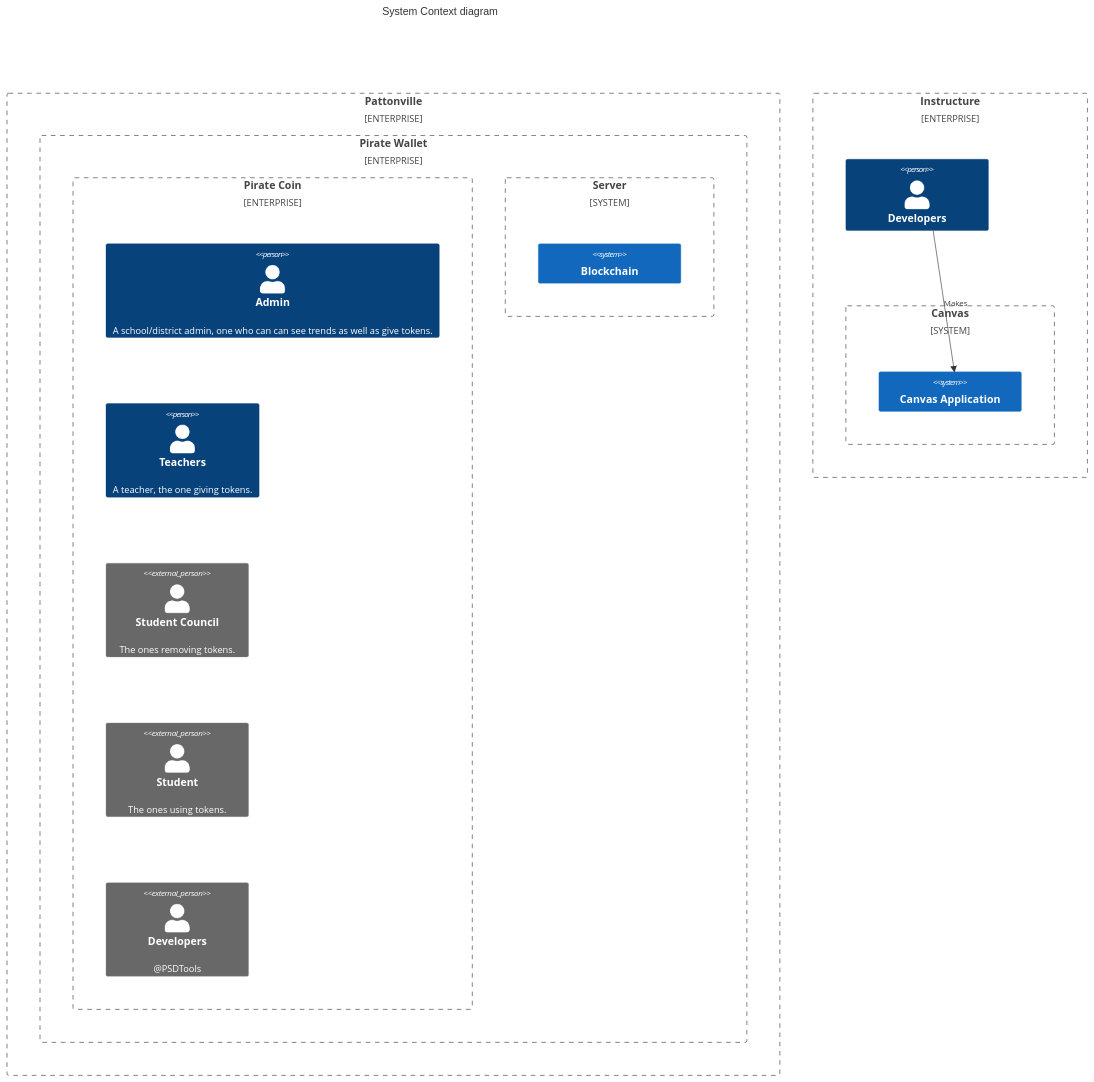
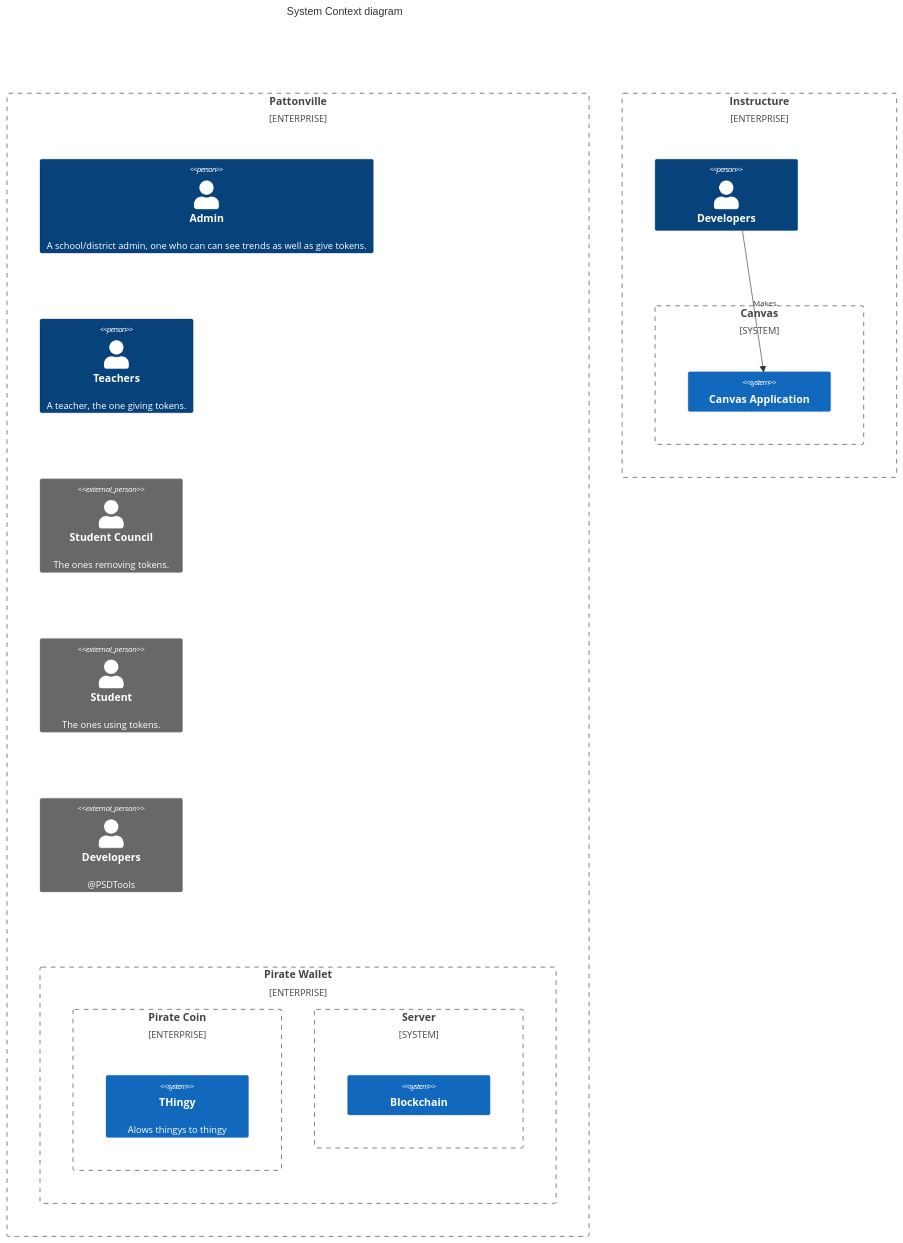
Before and after one commit to PSDTools/app: the diagram in README.md, drawn with Mermaid.

Commit message:
chore: MORE c4 THINGIES

````diff
--- a/README.md
+++ b/README.md
@@ -175,63 +175,64 @@
 ```mermaid
 C4Context
   title System Context diagram
 
   Enterprise_Boundary(b0, "Pattonville") {
-    Enterprise_Boundary(b6, "Pirate Wallet") {
-      Enterprise_Boundary(b3, "Pirate Coin") {
-        Person(customerA, "Admin", "A school/district admin, one who can can see trends as well as give tokens.")
+    Person(customerA, "Admin", "A school/district admin, one who can can see trends as well as give tokens.")
         Person(customerB, "Teachers", "A teacher, the one giving tokens.")
         Person_Ext(customerC, "Student Council", "The ones removing tokens.")
         Person_Ext(customerD, "Student", "The ones using tokens.")
         Person_Ext(customerE, "Developers", "@PSDTools")
+    Enterprise_Boundary(b6, "Pirate Wallet") {
+      Enterprise_Boundary(b3, "Pirate Coin") {
+        System(SystemAA, "THingy", "Alows thingys to thingy")
       }
       System_Boundary(b2, "Server") {
         System(SystemF, "Blockchain")
       }
     }
     %% System(SystemAA, "Internet Banking System", "Allows customers to view information about their bank accounts, and make payments.")
 
     %% Enterprise_Boundary(b1, "BankBoundary") {
 
       %% SystemDb_Ext(SystemE, "Mainframe Banking System", "Stores all of the core banking information about customers, accounts, transactions, etc.")
 
       %% System_Boundary(b2, "BankBoundary2") {
         %% System(SystemA, "Banking System A")
         %% System(SystemB, "Banking System B", "A system of the bank, with personal bank accounts. next line.")
       %% }
 
       %% System_Ext(SystemC, "E-mail system", "The internal Microsoft Exchange e-mail system.")
       %% SystemDb(SystemD, "Banking System D Database", "A system of the bank, with personal bank accounts.")
 
       %% Boundary(b3, "BankBoundary3", "boundary") {
         %% SystemQueue(SystemF, "Banking System F Queue", "A system of the bank.")
         %% SystemQueue_Ext(SystemG, "Banking System G Queue", "A system of the bank, with personal bank accounts.")
       %% }
     %% }
 
   }
 
 
   Enterprise_Boundary(b4, "Instructure") {
     Person(Instructure, "Developers")
 
     System_Boundary(b5, "Canvas") {
       System(CanvasApp, "Canvas Application")
     }
   }
 
 
   %% BiRel(customerA, SystemAA, "Uses")
   Rel(Instructure, CanvasApp, "Makes")
   %% BiRel(SystemAA, SystemE, "Uses")
   %% Rel(SystemAA, SystemC, "Sends e-mails", "SMTP")
   %% Rel(SystemC, customerA, "Sends e-mails to")
 
   %% UpdateElementStyle(customerA, $fontColor="red", $bgColor="grey", $borderColor="red")
   %% UpdateRelStyle(customerA, SystemAA, $textColor="blue", $lineColor="blue", $offsetX="5")
   %% UpdateRelStyle(SystemAA, SystemE, $textColor="blue", $lineColor="blue", $offsetY="-10")
   %% UpdateRelStyle(SystemAA, SystemC, $textColor="blue", $lineColor="blue", $offsetY="-40", $offsetX="-50")
   %% UpdateRelStyle(SystemC, customerA, $textColor="red", $lineColor="red", $offsetX="-50", $offsetY="20")
 
   %% UpdateLayoutConfig($c4ShapeInRow="3", $c4BoundaryInRow="1")
 ```
````
